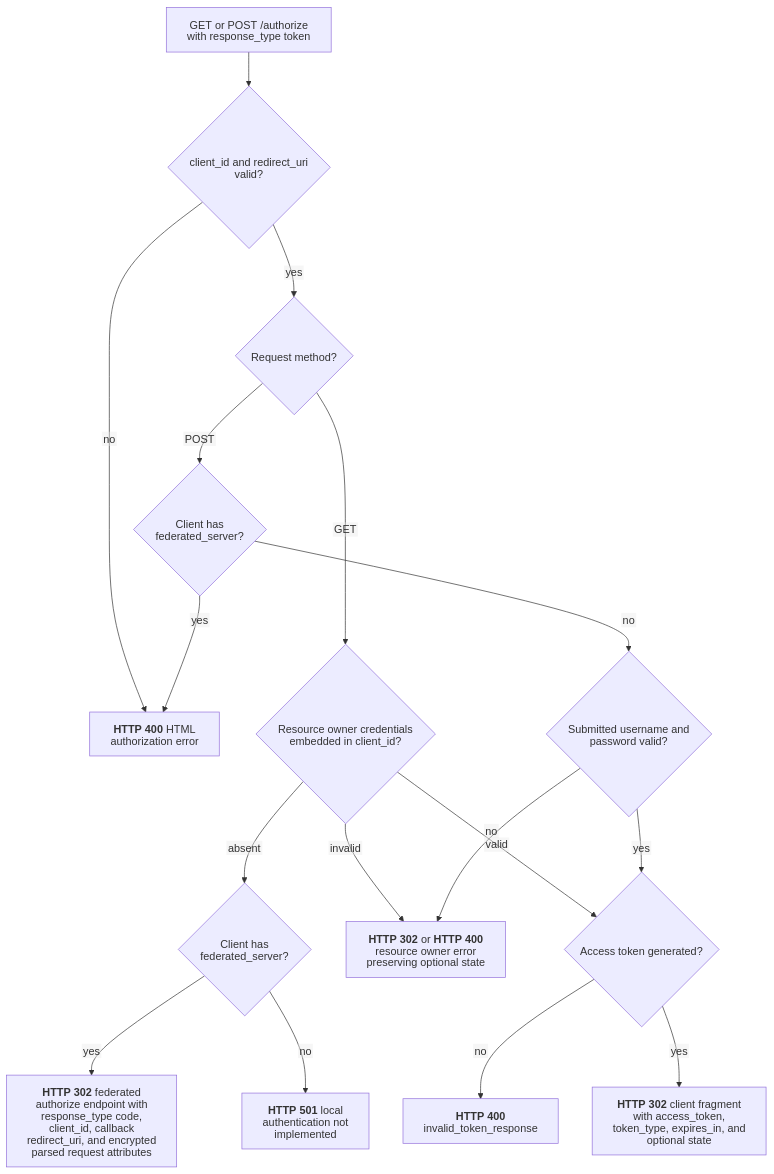
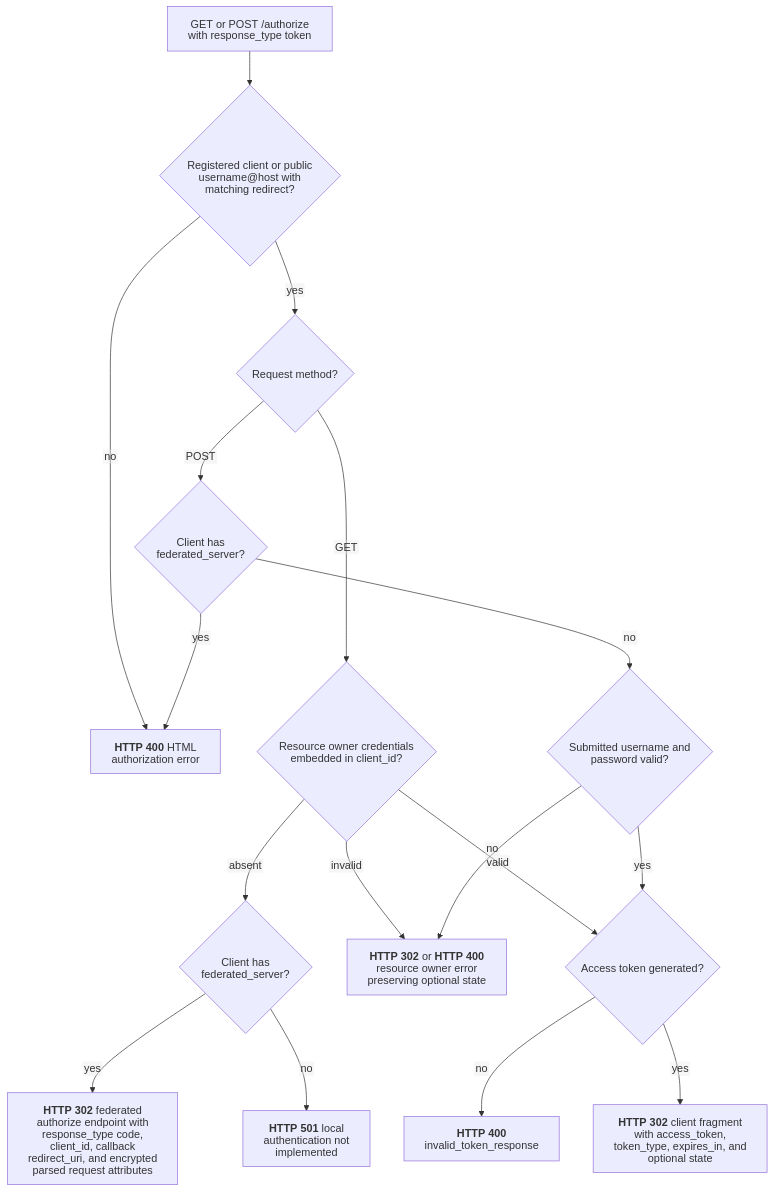
One commit to malach-it/kagome changed the diagram in docs/flows/oauth/implicit.mmd. Above: the diagram before and after it, drawn with Mermaid. The commit also changed 24 other files, not shown here.

Commit message:
feat: add host-bound public clients

```diff
--- a/docs/flows/oauth/implicit.mmd
+++ b/docs/flows/oauth/implicit.mmd
@@ -1,18 +1,18 @@
 %%{init: {"htmlLabels": false, "flowchart": {"htmlLabels": false}}}%%
 flowchart TD
-    start[GET or POST /authorize with response_type token] --> request{client_id and redirect_uri valid?}
+    start[GET or POST /authorize with response_type token] --> request{Registered client or public username@host with matching redirect?}
     request -- no --> request_error["`**HTTP 400** HTML authorization error`"]
     request -- yes --> method{Request method?}
     method -- GET --> optional_owner{Resource owner credentials embedded in client_id?}
     optional_owner -- absent --> federation{Client has federated_server?}
     federation -- yes --> federated_redirect["`**HTTP 302** federated authorize endpoint with response_type code, client_id, callback redirect_uri, and encrypted parsed request attributes`"]
     federation -- no --> not_implemented["`**HTTP 501** local authentication not implemented`"]
     optional_owner -- invalid --> owner_error["`**HTTP 302** or **HTTP 400** resource owner error preserving optional state`"]
     optional_owner -- valid --> generate
     method -- POST --> federated_post{Client has federated_server?}
     federated_post -- yes --> request_error
     federated_post -- no --> required_owner{Submitted username and password valid?}
     required_owner -- no --> owner_error
     required_owner -- yes --> generate{Access token generated?}
     generate -- no --> generation_error["`**HTTP 400** invalid_token_response`"]
     generate -- yes --> redirect["`**HTTP 302** client fragment with access_token, token_type, expires_in, and optional state`"]
```
